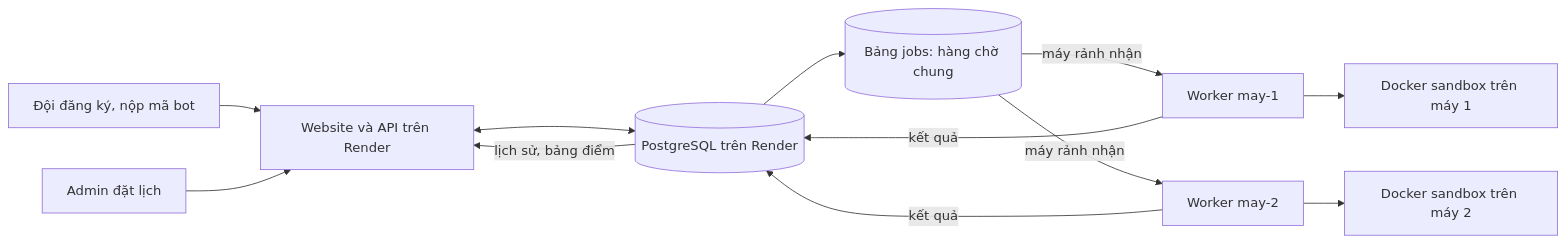
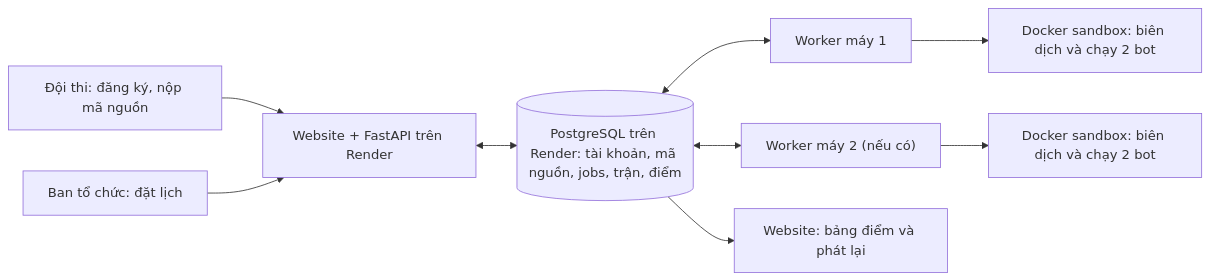
One commit to Ppt05/Laptrinhmang_G8 changed the diagram in README.md. Above: the diagram before and after it, drawn with Mermaid. The commit also changed other lines of this file, not shown here.

Commit message:
Rewrite README for current tournament architecture

````diff
--- a/README.md
+++ b/README.md
@@ -17,14 +17,11 @@
 ```mermaid
 flowchart LR
-    T[Đội đăng ký, nộp mã bot] --> A[Website và API trên Render]
-    Q[Admin đặt lịch] --> A
-    A <--> P[(PostgreSQL trên Render)]
-    P --> J[(Bảng jobs: hàng chờ chung)]
-    J -->|máy rảnh nhận| W1[Worker may-1]
-    J -->|máy rảnh nhận| W2[Worker may-2]
-    W1 --> D1[Docker sandbox trên máy 1]
-    W2 --> D2[Docker sandbox trên máy 2]
-    W1 -->|kết quả| P
-    W2 -->|kết quả| P
-    P -->|lịch sử, bảng điểm| A
+    Team["Đội thi: đăng ký, nộp mã nguồn"] --> Web["Website + FastAPI trên Render"]
+    Admin["Ban tổ chức: đặt lịch"] --> Web
+    Web <--> DB[("PostgreSQL trên Render: tài khoản, mã nguồn, jobs, trận, điểm")]
+    DB <--> W1["Worker máy 1"]
+    DB <--> W2["Worker máy 2 (nếu có)"]
+    W1 --> S1["Docker sandbox: biên dịch và chạy 2 bot"]
+    W2 --> S2["Docker sandbox: biên dịch và chạy 2 bot"]
+    DB --> Replay["Website: bảng điểm và phát lại"]
 ```
````
